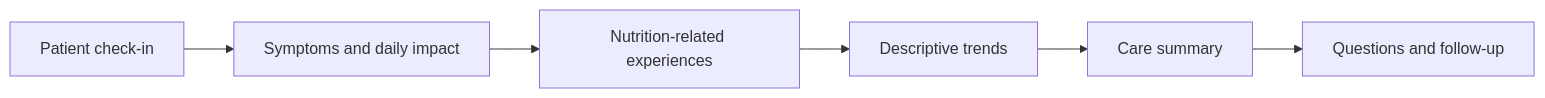
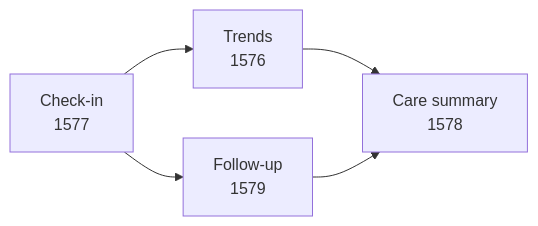
Before and after one commit to ut1776/nourish-ssc: the diagram in README.md, drawn with Mermaid. The commit also changed other lines of this file, not shown here.

````diff
--- a/README.md
+++ b/README.md
@@ -58,8 +41,7 @@
 ```mermaid
 flowchart LR
-    A["Patient check-in"] --> B["Symptoms and daily impact"]
-    B --> C["Nutrition-related experiences"]
-    C --> D["Descriptive trends"]
-    D --> E["Care summary"]
-    E --> F["Questions and follow-up"]
+    A["Check-in<br/>1577"] --> B["Trends<br/>1576"]
+    A --> C["Follow-up<br/>1579"]
+    B --> D["Care summary<br/>1578"]
+    C --> D
 ```
````
